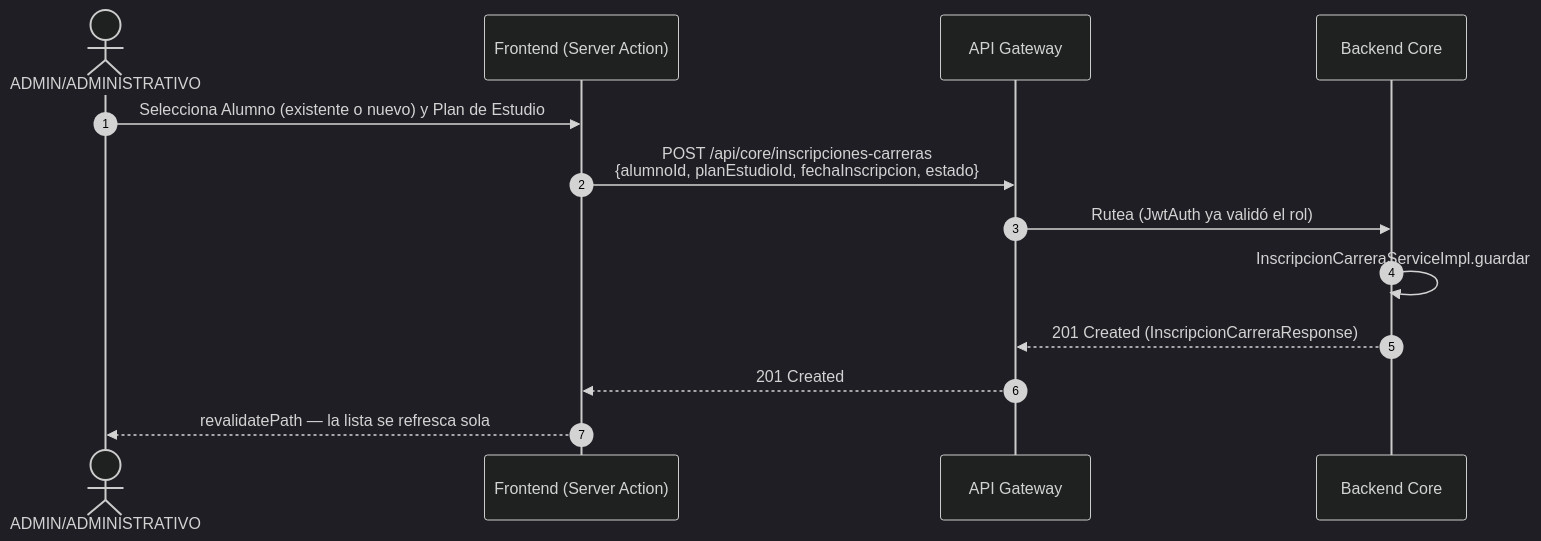
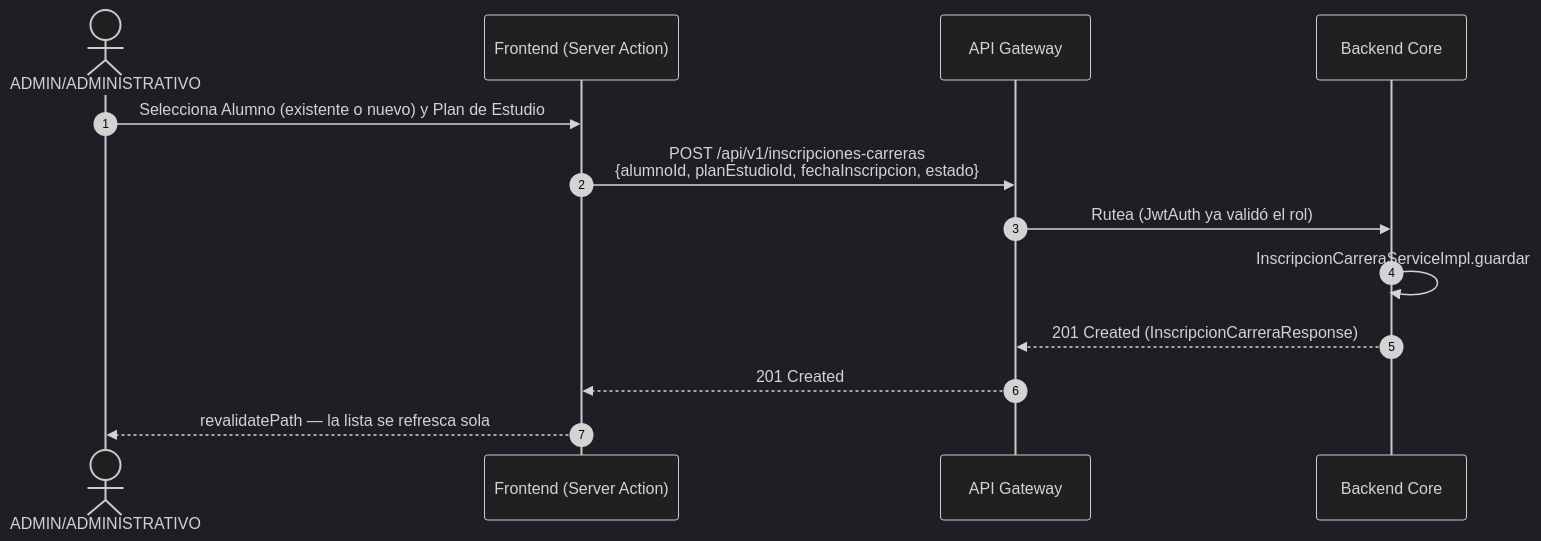
Before and after one commit to JuancaSterba/web-2026-itec: the first of 2 diagrams in docs/03.10-Diagrama_Secuencia_Inscripciones.md, drawn with Mermaid (dark theme). The commit also changed other lines of this file and 38 other files, not shown here.

First line of the commit message:
feat(gateway): exponer el contrato publico bajo /api/v1/** (#40)

````diff
--- a/docs/03.10-Diagrama_Secuencia_Inscripciones.md
+++ b/docs/03.10-Diagrama_Secuencia_Inscripciones.md
@@ -13,16 +13,16 @@
 ```mermaid
 sequenceDiagram
     autonumber
     actor Admin as ADMIN/ADMINISTRATIVO
     participant Frontend as Frontend (Server Action)
     participant Gateway as API Gateway
     participant Core as Backend Core
 
     Admin->>Frontend: Selecciona Alumno (existente o nuevo) y Plan de Estudio
-    Frontend->>Gateway: POST /api/core/inscripciones-carreras<br/>{alumnoId, planEstudioId, fechaInscripcion, estado}
+    Frontend->>Gateway: POST /api/v1/inscripciones-carreras<br/>{alumnoId, planEstudioId, fechaInscripcion, estado}
     Gateway->>Core: Rutea (JwtAuth ya validó el rol)
     Core->>Core: InscripcionCarreraServiceImpl.guardar
     Core-->>Gateway: 201 Created (InscripcionCarreraResponse)
     Gateway-->>Frontend: 201 Created
     Frontend-->>Admin: revalidatePath — la lista se refresca sola
 ```
````
